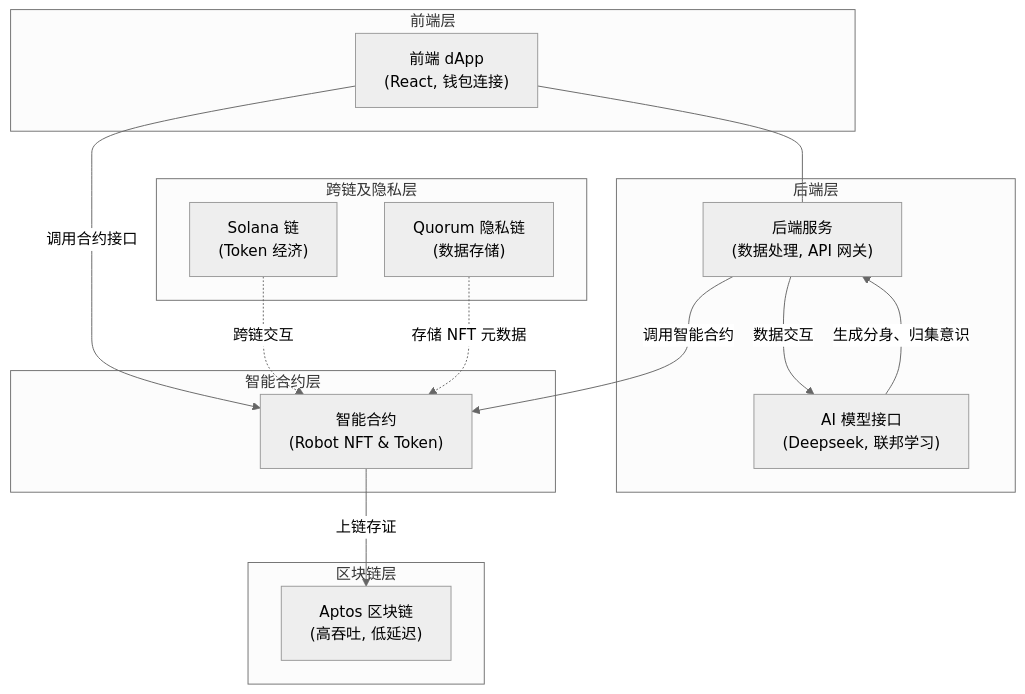
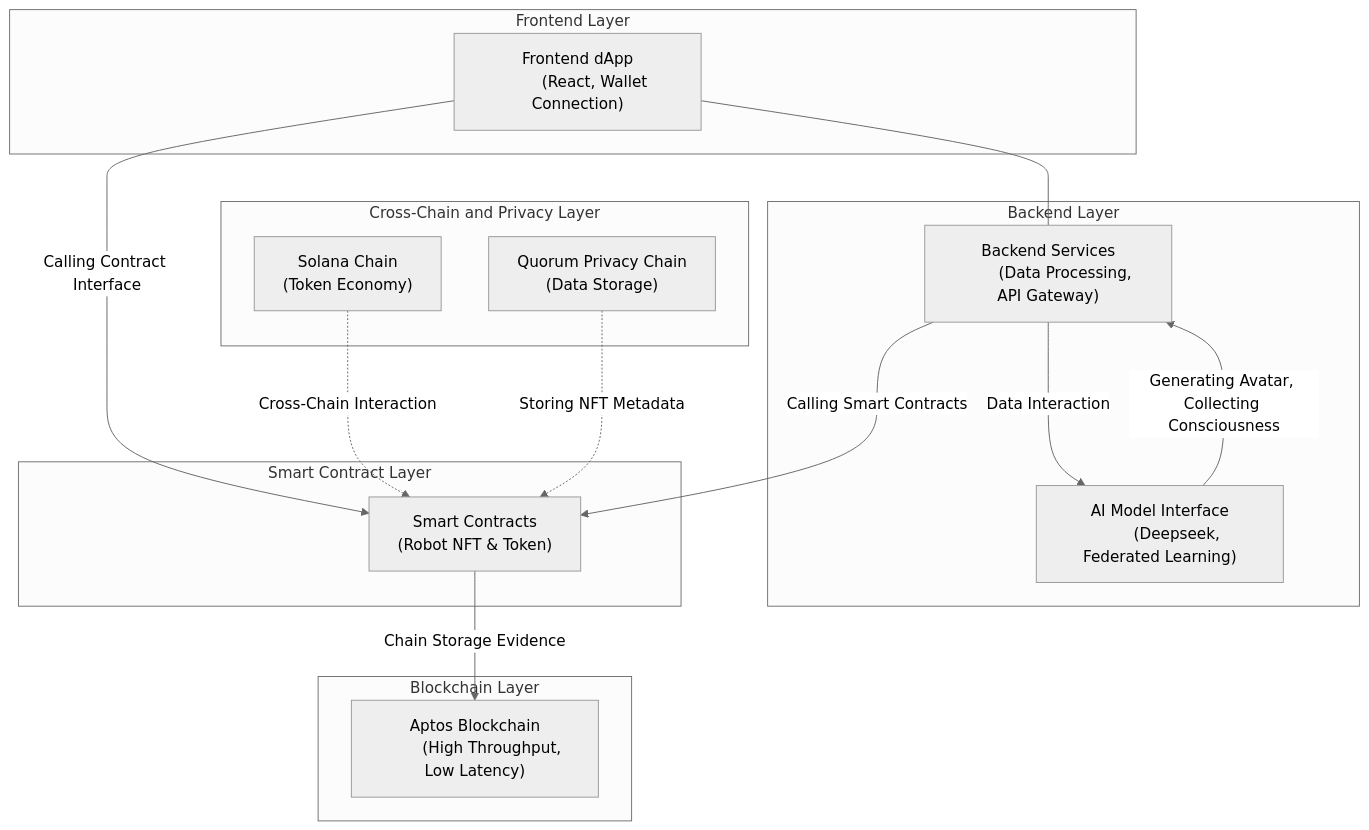
The second of 2 diagrams in README.md (xiangnuans/clippy-dapp), drawn with Mermaid (neutral theme) before and after one commit. The commit also changed other lines of this file, not shown here.

````diff
--- a/README.md
+++ b/README.md
@@ -540,41 +540,41 @@
 ```mermaid
 flowchart TD
-    subgraph 前端层
-        FE["前端 dApp
-        (React, 钱包连接)"]
+    subgraph Frontend Layer
+        FE["Frontend dApp
+        (React, Wallet Connection)"]
     end
 
-    subgraph 后端层
-        BE["后端服务
-        (数据处理, API 网关)"]
-        AI["AI 模型接口
-        (Deepseek, 联邦学习)"]
+    subgraph Backend Layer
+        BE["Backend Services
+        (Data Processing, API Gateway)"]
+        AI["AI Model Interface
+        (Deepseek, Federated Learning)"]
     end
 
-    subgraph 智能合约层
-        SC["智能合约
+    subgraph Smart Contract Layer
+        SC["Smart Contracts
         (Robot NFT & Token)"]
     end
 
-    subgraph 区块链层
-        AP["Aptos 区块链
-        (高吞吐, 低延迟)"]
+    subgraph Blockchain Layer
+        AP["Aptos Blockchain
+        (High Throughput, Low Latency)"]
     end
 
-    subgraph 跨链及隐私层
-        SOL["Solana 链
-        (Token 经济)"]
-        QP["Quorum 隐私链
-        (数据存储)"]
+    subgraph Cross-Chain and Privacy Layer
+        SOL["Solana Chain
+        (Token Economy)"]
+        QP["Quorum Privacy Chain
+        (Data Storage)"]
     end
 
-    FE -->|调用合约接口| SC
-    BE -->|调用智能合约| SC
-    BE -->|数据交互| AI
-    AI -->|生成分身、归集意识| BE
-    SC -->|上链存证| AP
-    SOL -.->|跨链交互| SC
-    QP -.->|存储 NFT 元数据| SC
+    FE -->|Calling Contract Interface| SC
+    BE -->|Calling Smart Contracts| SC
+    BE -->|Data Interaction| AI
+    AI -->|Generating Avatar, Collecting Consciousness| BE
+    SC -->|Chain Storage Evidence| AP
+    SOL -.->|Cross-Chain Interaction| SC
+    QP -.->|Storing NFT Metadata| SC
 
     FE --- BE
 ```
````
